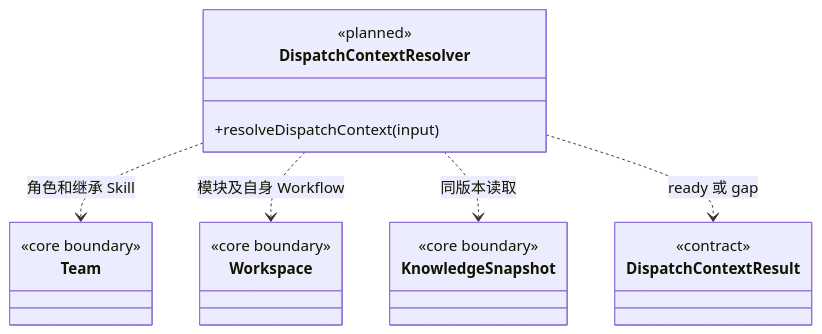
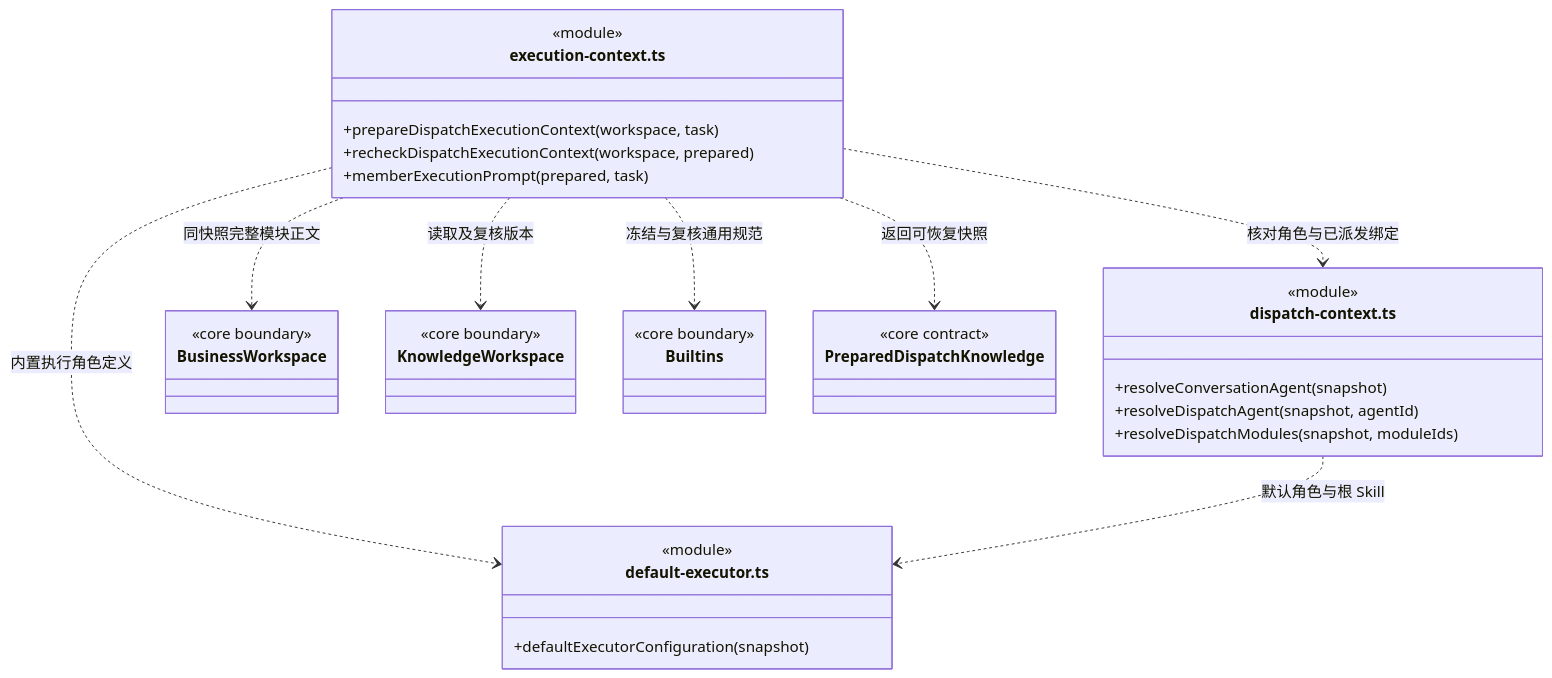
Before and after one commit to nan023062/cbim: the diagram in src/backend/scheduler-engine/context/CONTRACT.md, drawn with Mermaid. The commit also changed other lines of this file and 240 other files, not shown here.

````diff
--- a/src/backend/scheduler-engine/context/CONTRACT.md
+++ b/src/backend/scheduler-engine/context/CONTRACT.md
@@ -46,15 +56,30 @@
 ```mermaid
 classDiagram
-class DispatchContextResolver {
-  <<planned>>
-  +resolveDispatchContext(input)
+class ExecutionContext["execution-context.ts"] {
+  <<module>>
+  +prepareDispatchExecutionContext(workspace, task)
+  +recheckDispatchExecutionContext(workspace, prepared)
+  +memberExecutionPrompt(prepared, task)
 }
-class Team { <<core boundary>> }
-class Workspace { <<core boundary>> }
-class KnowledgeSnapshot { <<core boundary>> }
-class DispatchContextResult { <<contract>> }
-DispatchContextResolver ..> Team : 角色和继承 Skill
-DispatchContextResolver ..> Workspace : 模块及自身 Workflow
-DispatchContextResolver ..> KnowledgeSnapshot : 同版本读取
-DispatchContextResolver ..> DispatchContextResult : ready 或 gap
+class DispatchContext["dispatch-context.ts"] {
+  <<module>>
+  +resolveConversationAgent(snapshot)
+  +resolveDispatchAgent(snapshot, agentId)
+  +resolveDispatchModules(snapshot, moduleIds)
+}
+class BusinessWorkspace { <<core boundary>> }
+class DefaultExecutor["default-executor.ts"] {
+  <<module>>
+  +defaultExecutorConfiguration(snapshot)
+}
+class KnowledgeWorkspace { <<core boundary>> }
+class Builtins { <<core boundary>> }
+class PreparedDispatchKnowledge { <<core contract>> }
+ExecutionContext ..> DispatchContext : 核对角色与已派发绑定
+ExecutionContext ..> DefaultExecutor : 内置执行角色定义
+DispatchContext ..> DefaultExecutor : 默认角色与根 Skill
+ExecutionContext ..> BusinessWorkspace : 同快照完整模块正文
+ExecutionContext ..> KnowledgeWorkspace : 读取及复核版本
+ExecutionContext ..> Builtins : 冻结与复核通用规范
+ExecutionContext ..> PreparedDispatchKnowledge : 返回可恢复快照
 ```
````
